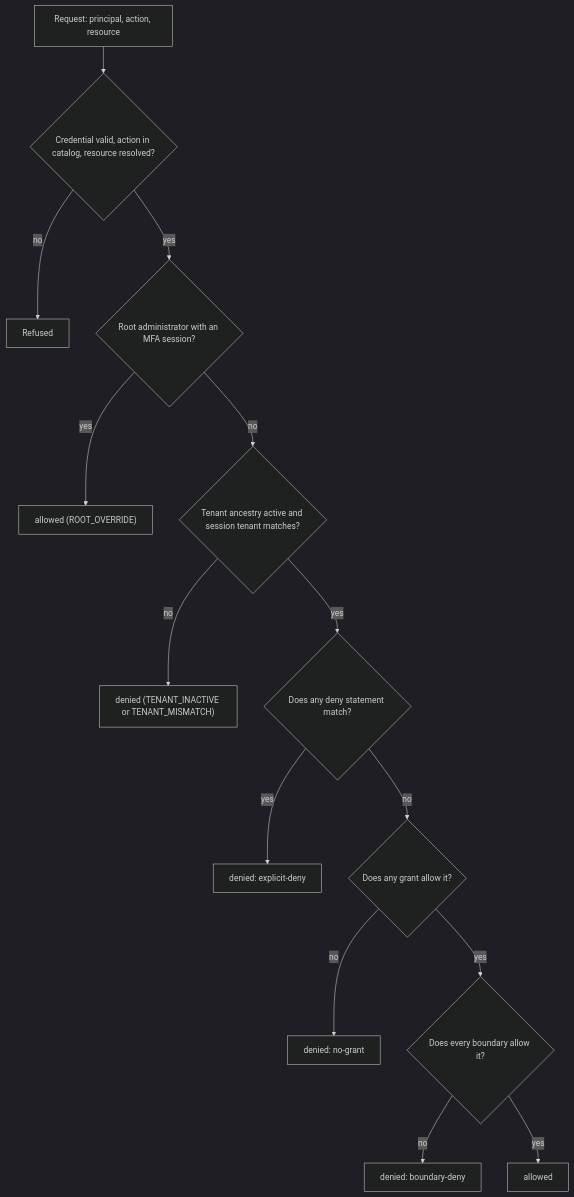
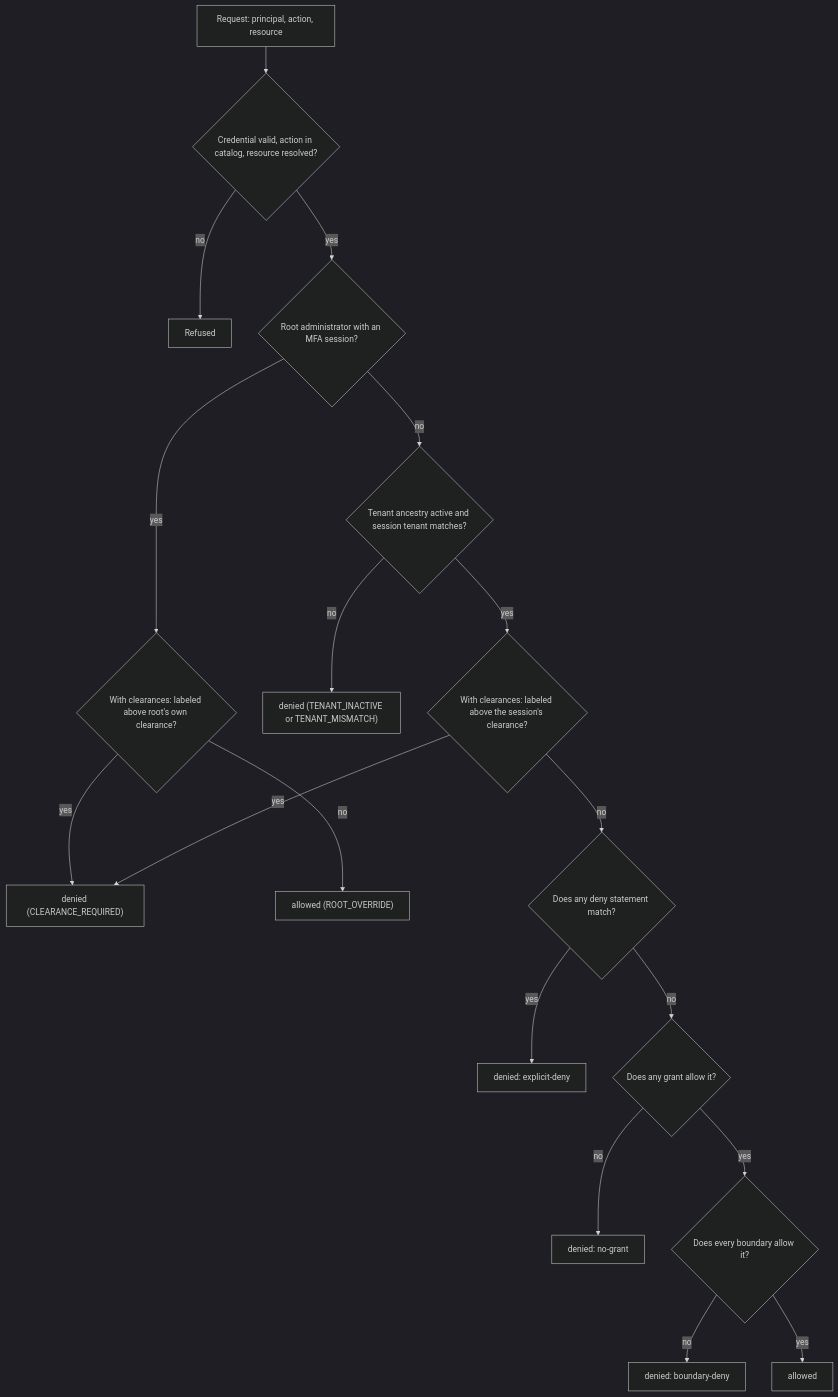
Before and after one commit to Better-IAM/better-iam: the diagram in apps/docs/content/docs/guides/authorization/index.mdx, drawn with Mermaid (dark theme). The commit also changed other lines of this file and 223 other files, not shown here.

````diff
--- a/apps/docs/content/docs/guides/authorization/index.mdx
+++ b/apps/docs/content/docs/guides/authorization/index.mdx
@@ -95,16 +100,20 @@
 ```mermaid
 flowchart TD
   Req["Request: principal, action, resource"] --> Valid{"Credential valid, action in catalog, resource resolved?"}
   Valid -- no --> Refused["Refused"]
   Valid -- yes --> Root{"Root administrator with an MFA session?"}
-  Root -- yes --> Override["allowed (ROOT_OVERRIDE)"]
+  Root -- yes --> RootLabel{"With clearances: labeled above root's own clearance?"}
+  RootLabel -- yes --> Clearance["denied (CLEARANCE_REQUIRED)"]
+  RootLabel -- no --> Override["allowed (ROOT_OVERRIDE)"]
   Root -- no --> Tenant{"Tenant ancestry active and session tenant matches?"}
   Tenant -- no --> Inactive["denied (TENANT_INACTIVE or TENANT_MISMATCH)"]
-  Tenant -- yes --> Deny{"Does any deny statement match?"}
+  Tenant -- yes --> Label{"With clearances: labeled above the session's clearance?"}
+  Label -- yes --> Clearance
+  Label -- no --> Deny{"Does any deny statement match?"}
   Deny -- yes --> ExplicitDeny["denied: explicit-deny"]
   Deny -- no --> Grant{"Does any grant allow it?"}
   Grant -- no --> NoGrant["denied: no-grant"]
   Grant -- yes --> Boundary{"Does every boundary allow it?"}
   Boundary -- no --> BoundaryDeny["denied: boundary-deny"]
   Boundary -- yes --> Allowed["allowed"]
 ```
````
